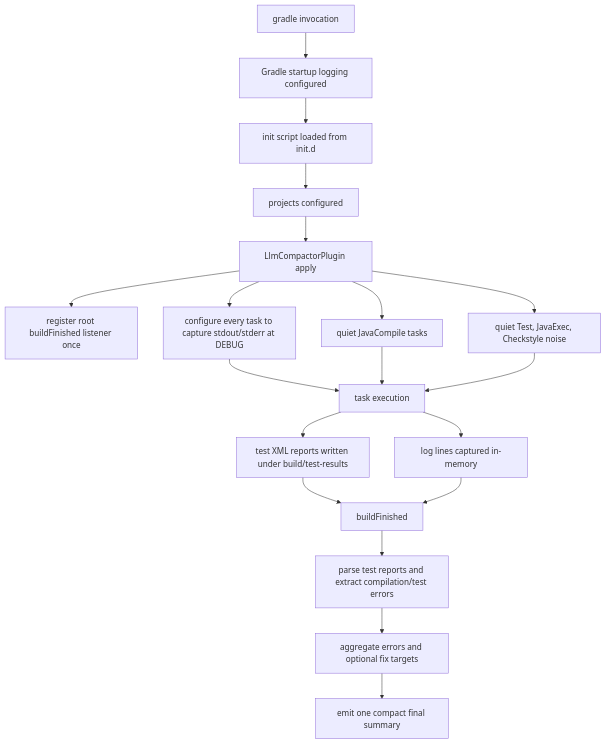
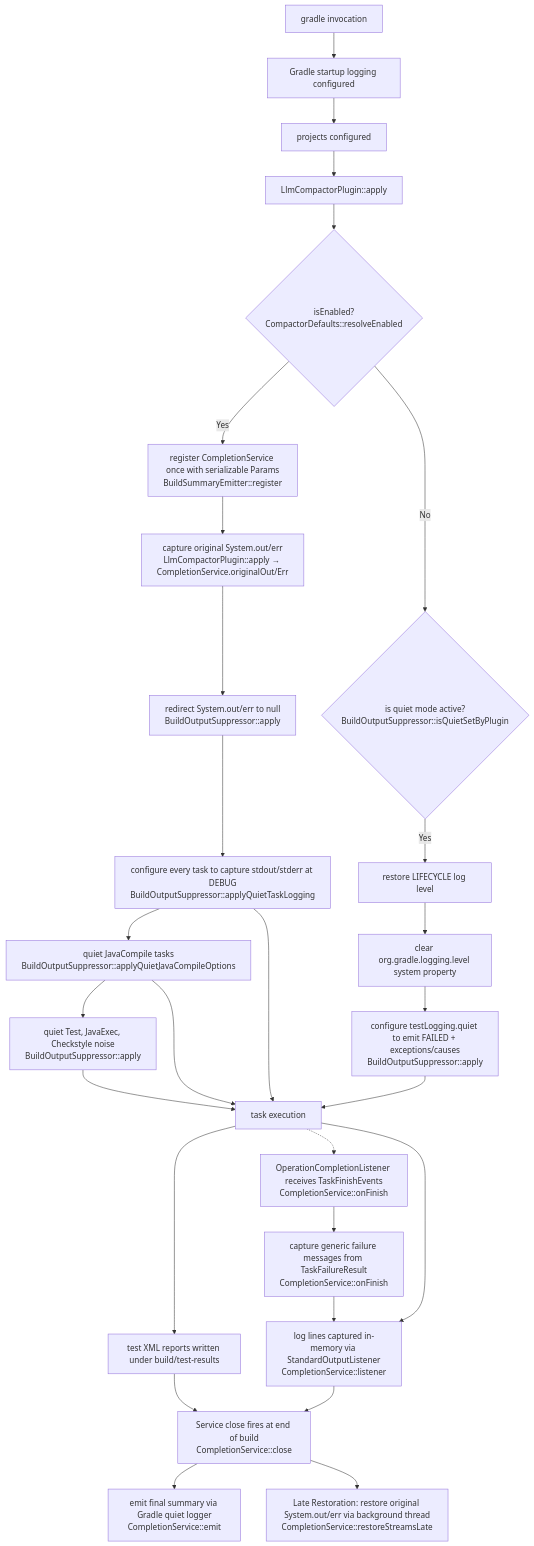
One commit to sfkamath/llm-build-compactor changed the diagram in docs/gradle-design.md. Above: the diagram before and after it, drawn with Mermaid. The commit also changed other lines of this file and 180 other files, not shown here.

````diff
--- a/docs/gradle-design.md
+++ b/docs/gradle-design.md
@@ -46,21 +47,35 @@
 ```mermaid
 flowchart TD
     A[gradle invocation] --> B[Gradle startup logging configured]
-    B --> C[init script loaded from init.d]
-    C --> D[projects configured]
-    D --> E[LlmCompactorPlugin apply]
-    E --> F[register root buildFinished listener once]
-    E --> G[configure every task to capture stdout/stderr at DEBUG]
-    E --> H[quiet JavaCompile tasks]
-    E --> I[quiet Test, JavaExec, Checkstyle noise]
-    G --> J[task execution]
-    H --> J
-    I --> J
-    J --> K[test XML reports written under build/test-results]
-    J --> L[log lines captured in-memory]
-    K --> M[buildFinished]
-    L --> M
-    M --> N[parse test reports and extract compilation/test errors]
-    N --> O[aggregate errors and optional fix targets]
-    O --> P[emit one compact final summary]
+    B --> C[projects configured]
+    C --> D["LlmCompactorPlugin::apply"]
+    D --> E{"isEnabled?<br/>CompactorDefaults::resolveEnabled"}
+    
+    E -- Yes --> F["register CompletionService once with serializable Params<br/>BuildSummaryEmitter::register"]
+    F --> G["capture original System.out/err<br/>LlmCompactorPlugin::apply → CompletionService.originalOut/Err"]
+    G --> H["redirect System.out/err to null<br/>BuildOutputSuppressor::apply"]
+    H --> I["configure every task to capture stdout/stderr at DEBUG<br/>BuildOutputSuppressor::applyQuietTaskLogging"]
+    I --> J["quiet JavaCompile tasks<br/>BuildOutputSuppressor::applyQuietJavaCompileOptions"]
+    J --> K["quiet Test, JavaExec, Checkstyle noise<br/>BuildOutputSuppressor::apply"]
+    
+    E -- No --> L{"is quiet mode active?<br/>BuildOutputSuppressor::isQuietSetByPlugin"}
+    L -- Yes --> M[restore LIFECYCLE log level]
+    M --> N[clear org.gradle.logging.level system property]
+    N --> O["configure testLogging.quiet to emit FAILED + exceptions/causes<br/>BuildOutputSuppressor::apply"]
+    
+    K --> P[task execution]
+    J --> P
+    I --> P
+    O --> P
+    
+    P -.-> P1["OperationCompletionListener receives TaskFinishEvents<br/>CompletionService::onFinish"]
+    P1 --> P2["capture generic failure messages from TaskFailureResult<br/>CompletionService::onFinish"]
+    P2 --> R
+    
+    P --> Q[test XML reports written under build/test-results]
+    P --> R["log lines captured in-memory via StandardOutputListener<br/>CompletionService::listener"]
+    Q --> S["Service close fires at end of build<br/>CompletionService::close"]
+    R --> S
+    S --> T["emit final summary via Gradle quiet logger<br/>CompletionService::emit"]
+    S --> U["Late Restoration: restore original System.out/err via background thread<br/>CompletionService::restoreStreamsLate"]
 ```
````
